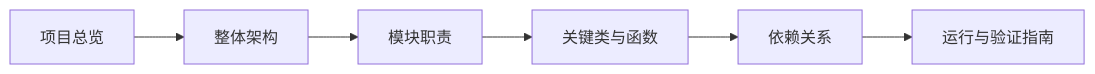
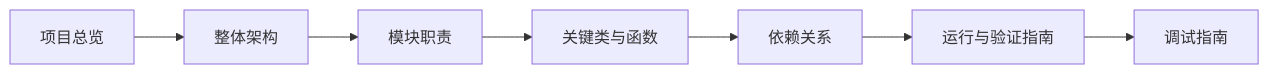
One commit to xinetzone/SpecWeave changed the diagram in docs/code-wiki/README.md. Above: the diagram before and after it, drawn with Mermaid. The commit also changed other lines of this file and 9 other files, not shown here.

````diff
--- a/docs/code-wiki/README.md
+++ b/docs/code-wiki/README.md
@@ -27,8 +28,9 @@
 ```mermaid
 flowchart LR
     A["项目总览"] --> B["整体架构"]
     B --> C["模块职责"]
     C --> D["关键类与函数"]
     D --> E["依赖关系"]
     E --> F["运行与验证指南"]
+    F --> G["调试指南"]
 ```
````
